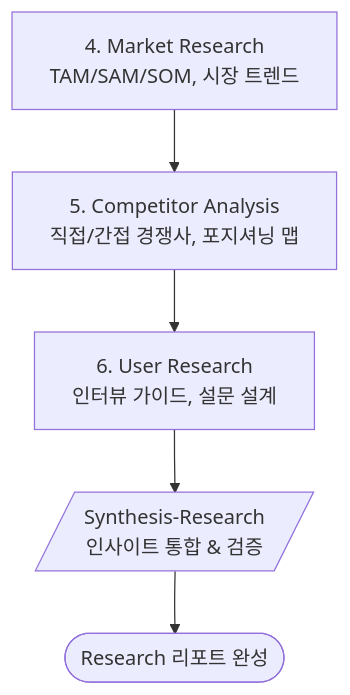
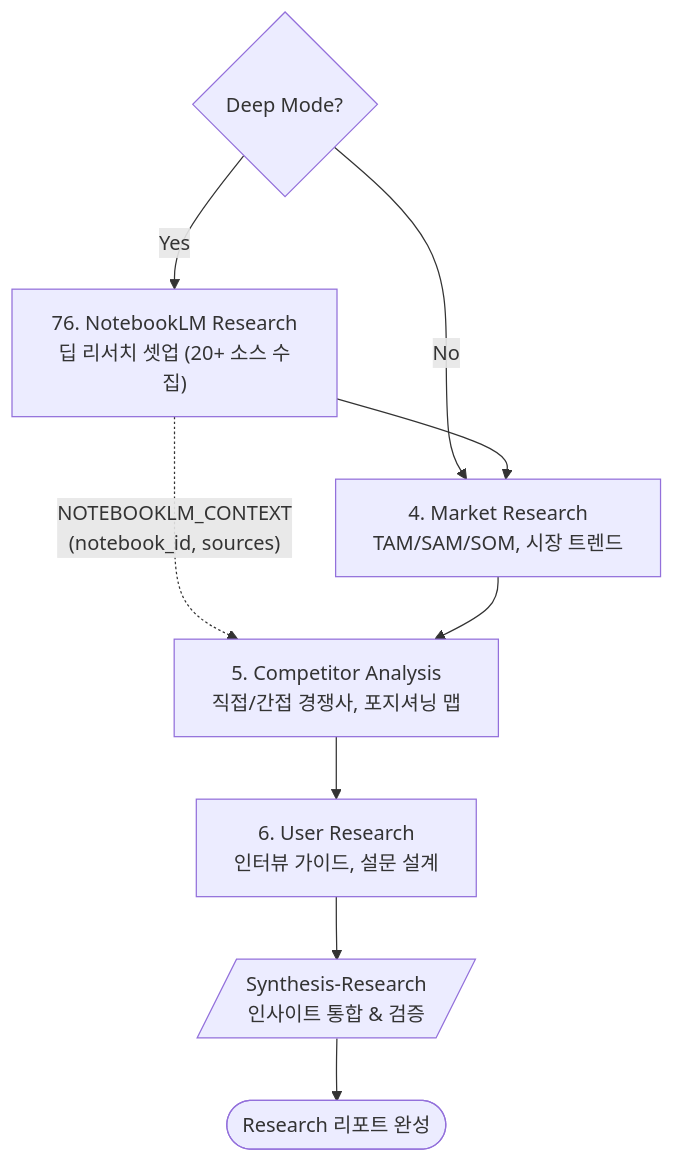
The diagram in .claude/agents/🎯 기획/planning-agent/references/phases/phase-2-research.md (woogi-kang/claude-craft), drawn with Mermaid before and after one commit. The commit also changed other lines of this file and 5 other files, not shown here.

First line of the commit message:
feat(planning-agent): integrate NotebookLM deep research into Phase 2

````diff
--- a/.claude/agents/🎯 기획/planning-agent/references/phases/phase-2-research.md
+++ b/.claude/agents/🎯 기획/planning-agent/references/phases/phase-2-research.md
@@ -40,14 +60,22 @@
 ```mermaid
 flowchart TD
+    mode{"Deep Mode?"}
+    mode -->|Yes| s76
+    mode -->|No| s4
+
+    s76["76. NotebookLM Research<br/>딥 리서치 셋업 (20+ 소스 수집)"]
+    s76 --> s4
+    s76 -.->|"NOTEBOOKLM_CONTEXT<br/>(notebook_id, sources)"| s5
+
     s4["4. Market Research<br/>TAM/SAM/SOM, 시장 트렌드"]
     s4 --> s5
 
     s5["5. Competitor Analysis<br/>직접/간접 경쟁사, 포지셔닝 맵"]
     s5 --> s6
 
     s6["6. User Research<br/>인터뷰 가이드, 설문 설계"]
     s6 --> syn2
 
     syn2[/"Synthesis-Research<br/>인사이트 통합 & 검증"/]
     syn2 --> done2([Research 리포트 완성])
 ```
````
